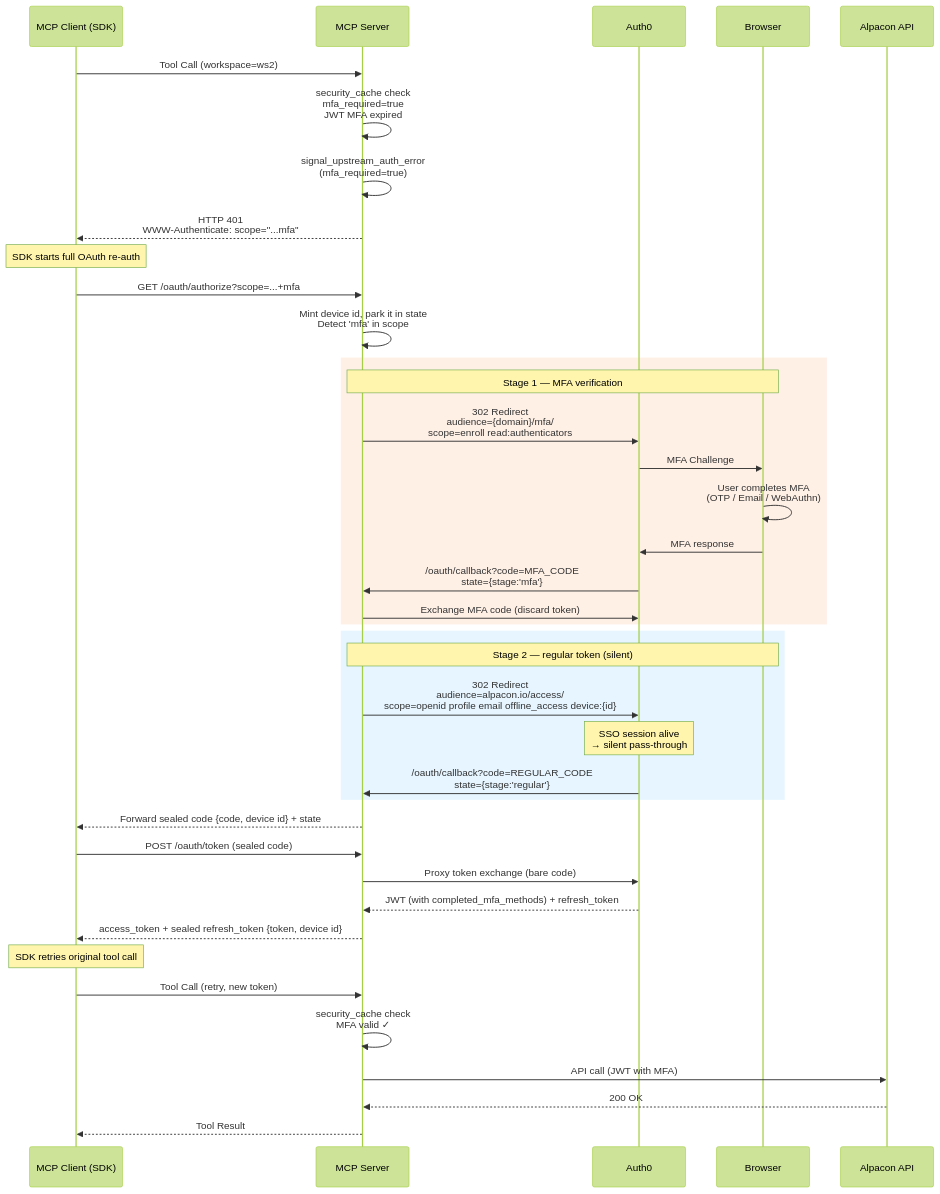
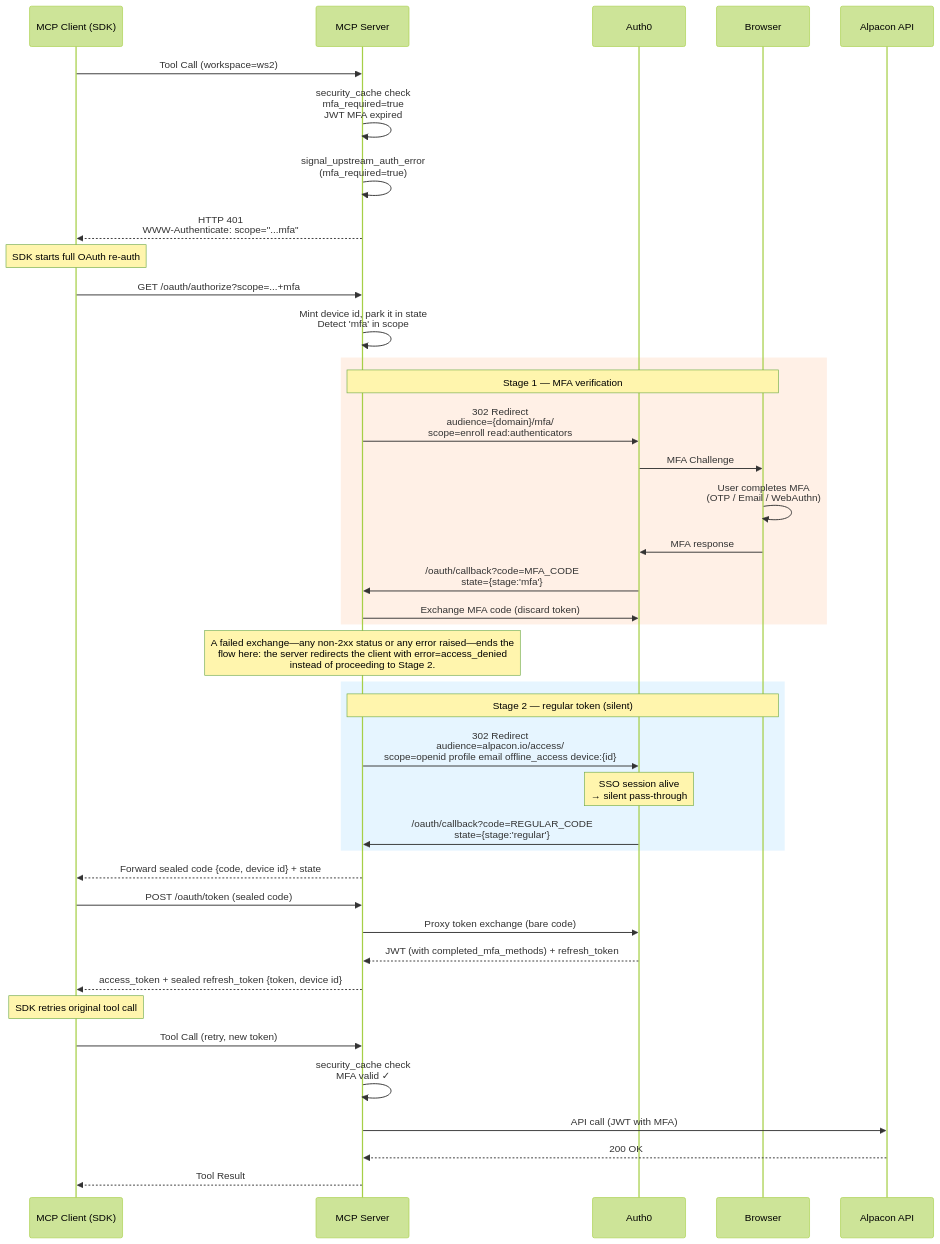
One commit to alpacax/alpacon-mcp changed the second of 3 diagrams in docs/mfa-reauth-flow.md. Above: the diagram before and after it, drawn with Mermaid (forest theme). The commit also changed 3 other files, not shown here.

First line of the commit message:
fix(oauth): fail closed when the MFA Stage 1 exchange fails

````diff
--- a/docs/mfa-reauth-flow.md
+++ b/docs/mfa-reauth-flow.md
@@ -28,51 +28,53 @@
 ```mermaid
 sequenceDiagram
     participant C as MCP Client (SDK)
     participant S as MCP Server
     participant A0 as Auth0
     participant B as Browser
 
     C->>S: Tool Call (workspace=ws2)
     S->>S: security_cache check<br/>mfa_required=true<br/>JWT MFA expired
 
     S->>S: signal_upstream_auth_error<br/>(mfa_required=true)
     S-->>C: HTTP 401<br/>WWW-Authenticate: scope="...mfa"
 
     Note over C: SDK starts full OAuth re-auth
 
     C->>S: GET /oauth/authorize?scope=...+mfa
     S->>S: Mint device id, park it in state<br/>Detect 'mfa' in scope
 
     rect rgb(255, 240, 230)
         Note over S,B: Stage 1 — MFA verification
         S->>A0: 302 Redirect<br/>audience={domain}/mfa/<br/>scope=enroll read:authenticators
         A0->>B: MFA Challenge
         B->>B: User completes MFA<br/>(OTP / Email / WebAuthn)
         B->>A0: MFA response
         A0->>S: /oauth/callback?code=MFA_CODE<br/>state={stage:'mfa'}
         S->>A0: Exchange MFA code (discard token)
     end
 
+    Note over S: A failed exchange—any non-2xx status or any error raised—ends the<br/>flow here: the server redirects the client with error=access_denied<br/>instead of proceeding to Stage 2.
+
     rect rgb(230, 245, 255)
         Note over S,B: Stage 2 — regular token (silent)
         S->>A0: 302 Redirect<br/>audience=alpacon.io/access/<br/>scope=openid profile email offline_access device:{id}
         Note over A0: SSO session alive<br/>→ silent pass-through
         A0->>S: /oauth/callback?code=REGULAR_CODE<br/>state={stage:'regular'}
     end
 
     S-->>C: Forward sealed code {code, device id} + state
     C->>S: POST /oauth/token (sealed code)
     S->>A0: Proxy token exchange (bare code)
     A0-->>S: JWT (with completed_mfa_methods) + refresh_token
     S-->>C: access_token + sealed refresh_token {token, device id}
 
     Note over C: SDK retries original tool call
 
     C->>S: Tool Call (retry, new token)
     S->>S: security_cache check<br/>MFA valid ✓
 
     participant API as Alpacon API
     S->>API: API call (JWT with MFA)
     API-->>S: 200 OK
     S-->>C: Tool Result
 ```
````
